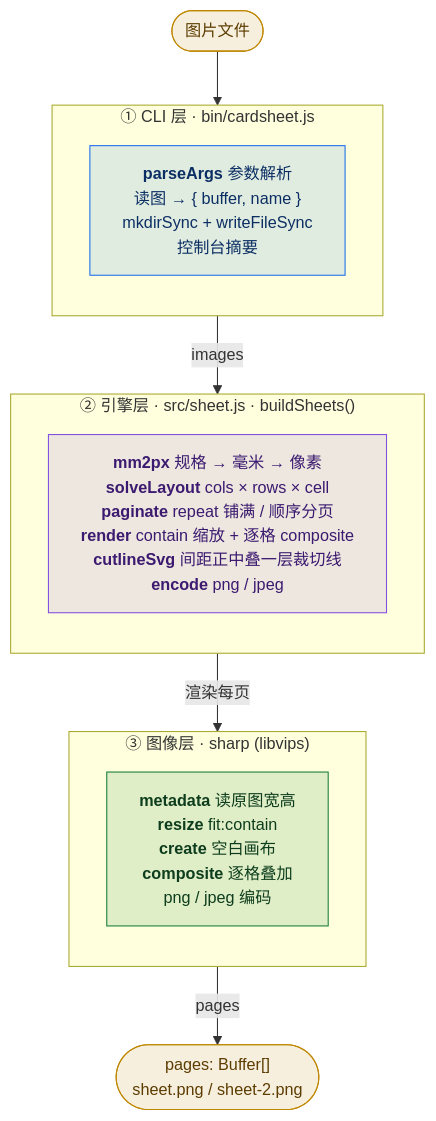
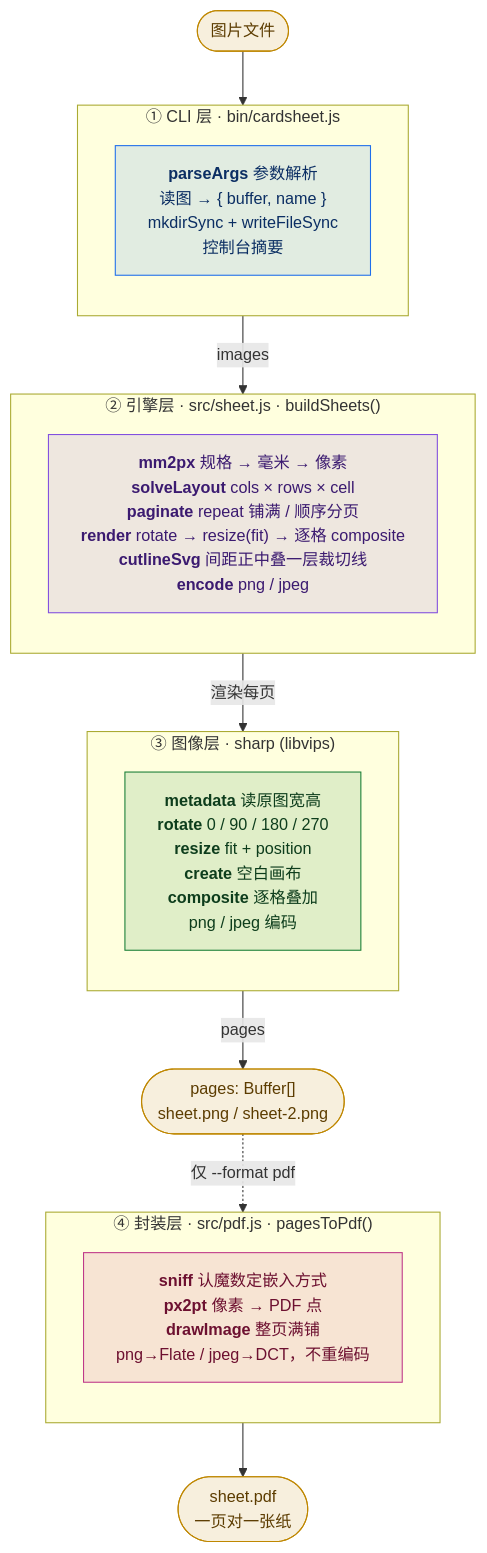
One commit to techysy/CardSheet changed the first of 2 diagrams in docs/architecture.md. Above: the diagram before and after it, drawn with Mermaid. The commit also changed other lines of this file and 6 other files, not shown here.

First line of the commit message:
docs: 架构图补第 ④ 层，README/CHANGELOG 跟进新能力

````diff
--- a/docs/architecture.md
+++ b/docs/architecture.md
@@ -10,32 +10,41 @@
 ```mermaid
 %%{init: {"flowchart": {"wrappingWidth": 460}, "themeVariables": {"fontSize": "15px"}}}%%
 flowchart TB
     classDef cli   fill:#1f6feb22,stroke:#1f6feb,color:#0b2e63
     classDef eng   fill:#8250df22,stroke:#8250df,color:#3b1a70
     classDef lib   fill:#1a7f3722,stroke:#1a7f37,color:#0d3d1c
+    classDef pdf   fill:#bf398922,stroke:#bf3989,color:#6d1030
     classDef io    fill:#bf870022,stroke:#bf8700,color:#5c3c00
 
     IN(["图片文件"]):::io
 
     subgraph L1["① CLI 层 · bin/cardsheet.js"]
         direction TB
         A["<b>parseArgs</b> 参数解析<br/>读图 → { buffer, name }<br/>mkdirSync + writeFileSync<br/>控制台摘要"]:::cli
     end
 
     subgraph L2["② 引擎层 · src/sheet.js · buildSheets()"]
         direction TB
-        B["<b>mm2px</b> 规格 → 毫米 → 像素<br/><b>solveLayout</b> cols × rows × cell<br/><b>paginate</b> repeat 铺满 / 顺序分页<br/><b>render</b> contain 缩放 + 逐格 composite<br/><b>cutlineSvg</b> 间距正中叠一层裁切线<br/><b>encode</b> png / jpeg"]:::eng
+        B["<b>mm2px</b> 规格 → 毫米 → 像素<br/><b>solveLayout</b> cols × rows × cell<br/><b>paginate</b> repeat 铺满 / 顺序分页<br/><b>render</b> rotate → resize(fit) → 逐格 composite<br/><b>cutlineSvg</b> 间距正中叠一层裁切线<br/><b>encode</b> png / jpeg"]:::eng
     end
 
     subgraph L3["③ 图像层 · sharp (libvips)"]
         direction TB
-        C["<b>metadata</b> 读原图宽高<br/><b>resize</b> fit:contain<br/><b>create</b> 空白画布<br/><b>composite</b> 逐格叠加<br/>png / jpeg 编码"]:::lib
+        C["<b>metadata</b> 读原图宽高<br/><b>rotate</b> 0 / 90 / 180 / 270<br/><b>resize</b> fit + position<br/><b>create</b> 空白画布<br/><b>composite</b> 逐格叠加<br/>png / jpeg 编码"]:::lib
+    end
+
+    subgraph L4["④ 封装层 · src/pdf.js · pagesToPdf()"]
+        direction TB
+        D["<b>sniff</b> 认魔数定嵌入方式<br/><b>px2pt</b> 像素 → PDF 点<br/><b>drawImage</b> 整页满铺<br/>png→Flate / jpeg→DCT，不重编码"]:::pdf
     end
 
     OUT(["pages: Buffer[]<br/>sheet.png / sheet-2.png"]):::io
+    OUTPDF(["sheet.pdf<br/>一页对一张纸"]):::io
 
     IN --> A
     A -- "images" --> B
     B -- "渲染每页" --> C
     C -- "pages" --> OUT
+    OUT -. "仅 --format pdf" .-> D
+    D --> OUTPDF
 ```
````
